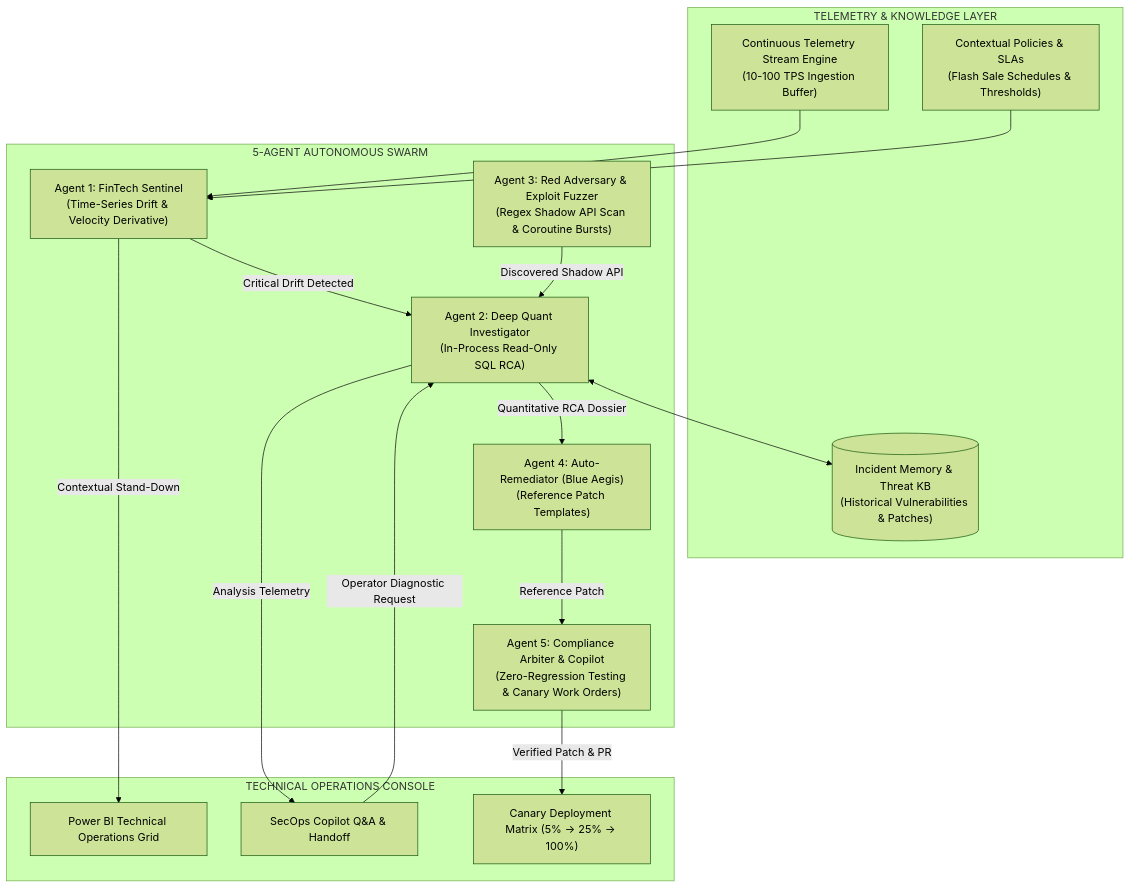
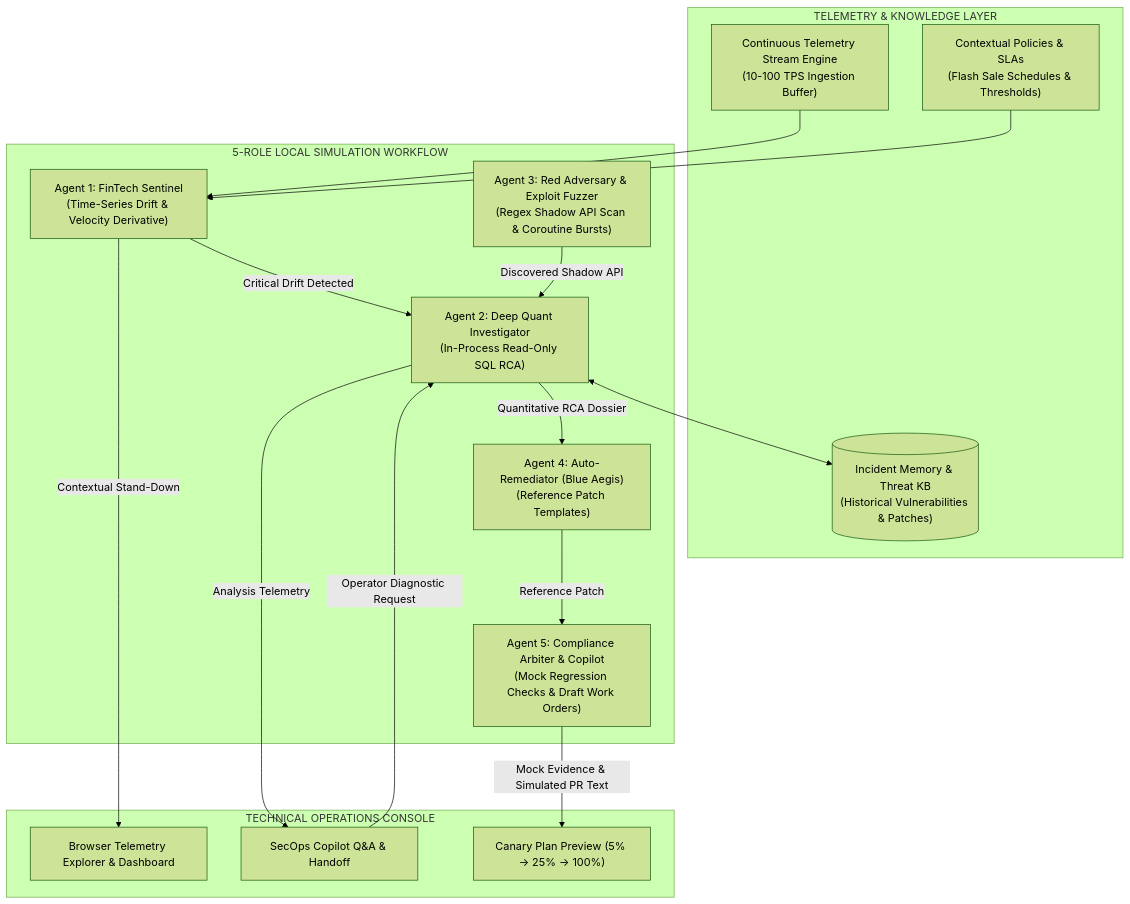
Before and after one commit to Faewon/AIGIS: the diagram in README.md, drawn with Mermaid (forest theme). The commit also changed other lines of this file and 4 other files, not shown here.

````diff
--- a/README.md
+++ b/README.md
@@ -88,36 +88,36 @@
 ```mermaid
 flowchart TD
     subgraph Data_Layer["TELEMETRY & KNOWLEDGE LAYER"]
         StreamEngine["Continuous Telemetry Stream Engine<br/>(10-100 TPS Ingestion Buffer)"]
         IncidentKB[("Incident Memory & Threat KB<br/>(Historical Vulnerabilities & Patches)")]
         PolicyStore["Contextual Policies & SLAs<br/>(Flash Sale Schedules & Thresholds)"]
     end
 
-    subgraph Agent_Swarm["5-AGENT AUTONOMOUS SWARM"]
+    subgraph Agent_Swarm["5-ROLE LOCAL SIMULATION WORKFLOW"]
         Sentinel["Agent 1: FinTech Sentinel<br/>(Time-Series Drift & Velocity Derivative)"]
         Investigator["Agent 2: Deep Quant Investigator<br/>(In-Process Read-Only SQL RCA)"]
         RedTeam["Agent 3: Red Adversary & Exploit Fuzzer<br/>(Regex Shadow API Scan & Coroutine Bursts)"]
         BlueTeam["Agent 4: Auto-Remediator (Blue Aegis)<br/>(Reference Patch Templates)"]
-        Arbiter["Agent 5: Compliance Arbiter & Copilot<br/>(Zero-Regression Testing & Canary Work Orders)"]
+        Arbiter["Agent 5: Compliance Arbiter & Copilot<br/>(Mock Regression Checks & Draft Work Orders)"]
     end
 
     subgraph Interface_Layer["TECHNICAL OPERATIONS CONSOLE"]
-        TelemetryGrid["Power BI Technical Operations Grid"]
+        TelemetryGrid["Browser Telemetry Explorer & Dashboard"]
         CopilotChat["SecOps Copilot Q&A & Handoff"]
-        WorkOrderView["Canary Deployment Matrix (5% -> 25% -> 100%)"]
+        WorkOrderView["Canary Plan Preview (5% -> 25% -> 100%)"]
     end
 
     StreamEngine --> Sentinel
     PolicyStore --> Sentinel
     Sentinel -- "Critical Drift Detected" --> Investigator
     Sentinel -- "Contextual Stand-Down" --> TelemetryGrid
 
     RedTeam -- "Discovered Shadow API" --> Investigator
     Investigator <--> IncidentKB
     Investigator -- "Quantitative RCA Dossier" --> BlueTeam
     BlueTeam -- "Reference Patch" --> Arbiter
-    Arbiter -- "Verified Patch & PR" --> WorkOrderView
+    Arbiter -- "Mock Evidence & Simulated PR Text" --> WorkOrderView
 
     CopilotChat -- "Operator Diagnostic Request" --> Investigator
     Investigator -- "Analysis Telemetry" --> CopilotChat
 ```
````
